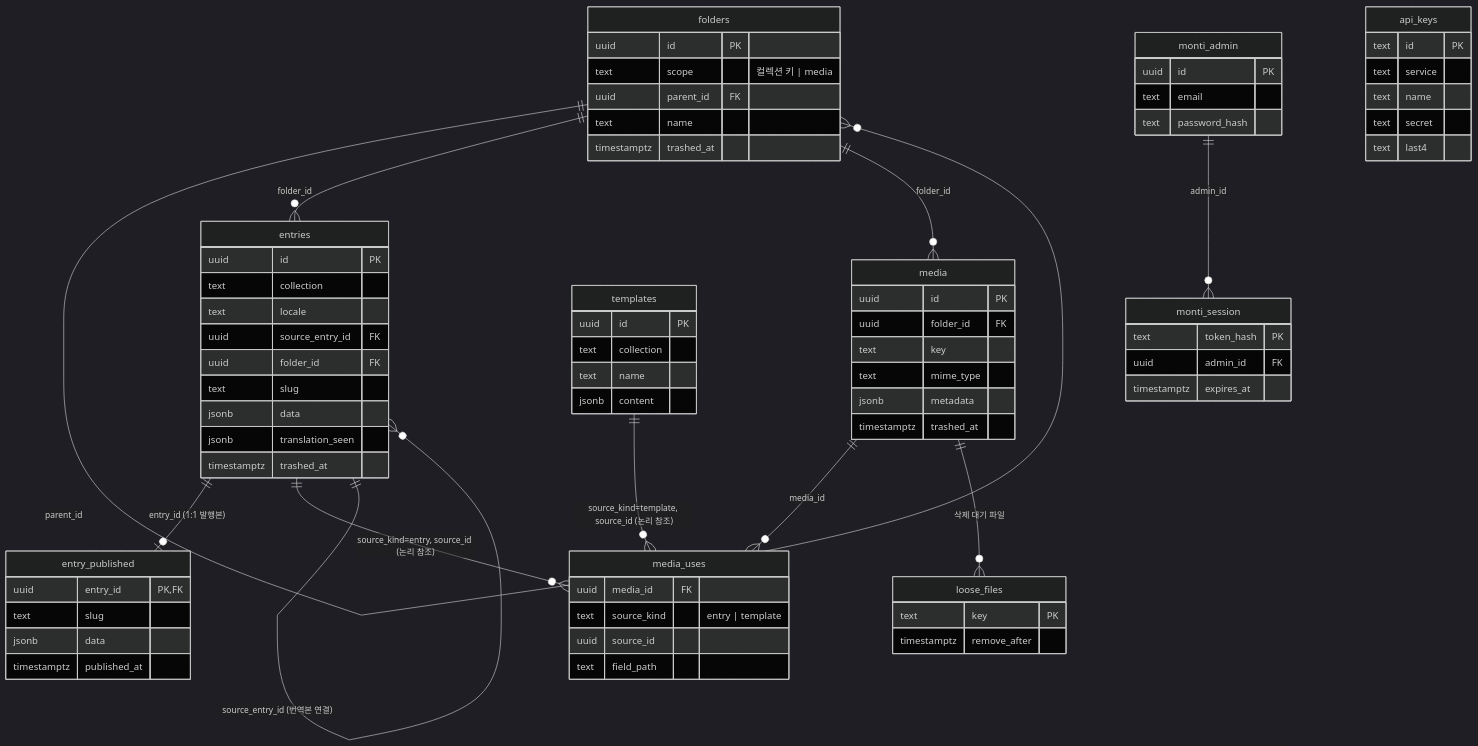
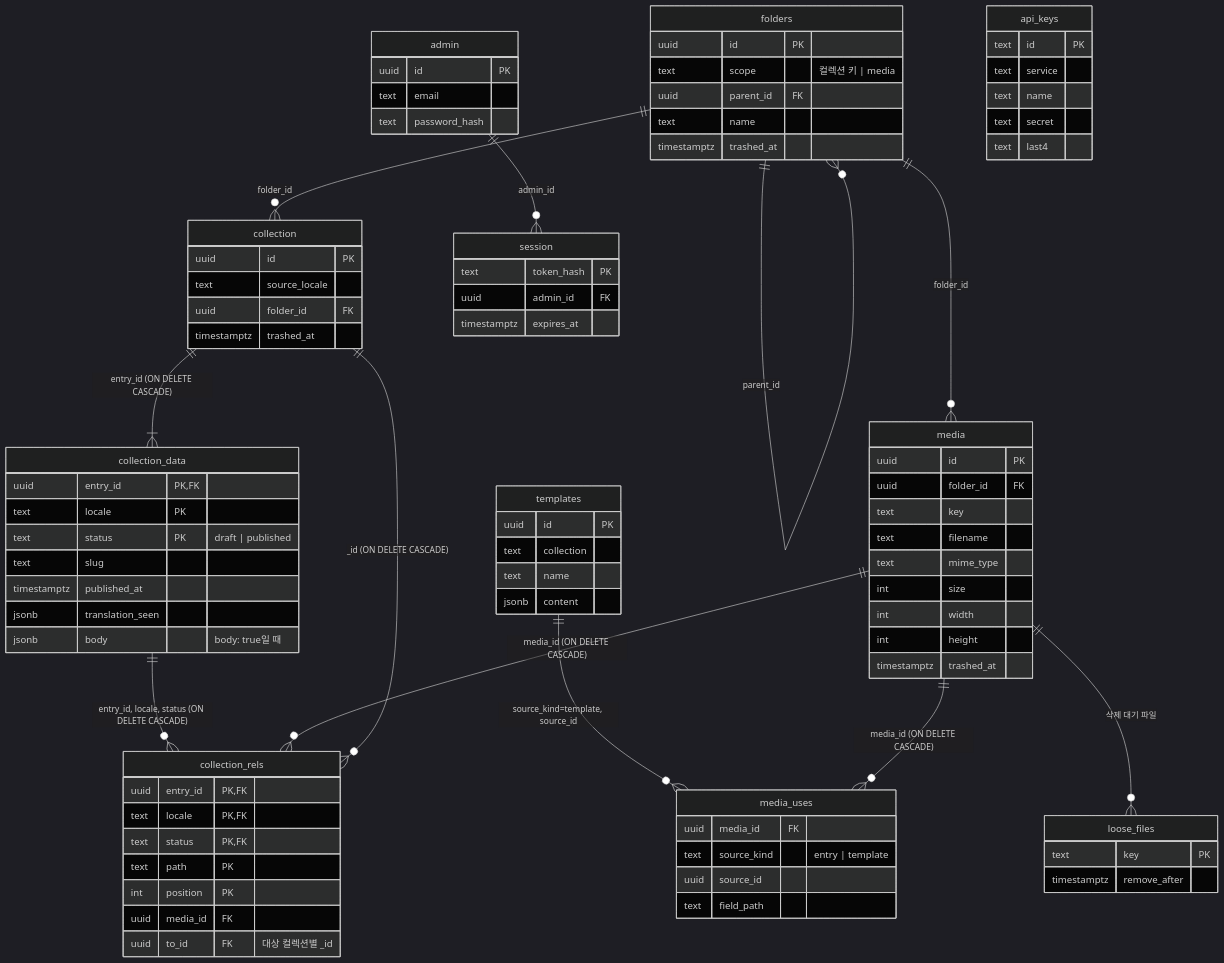
Before and after one commit to monti-cms/monti: the second of 2 diagrams in docs/refactor/core.md, drawn with Mermaid (dark theme). The commit also changed other lines of this file and 117 other files, not shown here.

````diff
--- a/docs/refactor/core.md
+++ b/docs/refactor/core.md
@@ -264,36 +198,45 @@
 ```mermaid
 erDiagram
   folders ||--o{ folders : "parent_id"
-  folders ||--o{ entries : "folder_id"
+  folders ||--o{ collection : "folder_id"
   folders ||--o{ media : "folder_id"
 
-  entries ||--o| entry_published : "entry_id (1:1 발행본)"
-  entries ||--o{ media_uses : "source_kind=entry, source_id (논리 참조)"
-  entries ||--o{ entries : "source_entry_id (번역본 연결)"
+  collection ||--|{ collection_data : "entry_id (ON DELETE CASCADE)"
+  collection_data ||--o{ collection_rels : "entry_id, locale, status (ON DELETE CASCADE)"
+  media ||--o{ collection_rels : "media_id (ON DELETE CASCADE)"
+  collection ||--o{ collection_rels : "<to>_id (ON DELETE CASCADE)"
 
-  templates ||--o{ media_uses : "source_kind=template, source_id (논리 참조)"
-  media ||--o{ media_uses : "media_id"
+  templates ||--o{ media_uses : "source_kind=template, source_id"
+  media ||--o{ media_uses : "media_id (ON DELETE CASCADE)"
   media ||--o{ loose_files : "삭제 대기 파일"
 
-  monti_admin ||--o{ monti_session : "admin_id"
+  admin ||--o{ session : "admin_id"
 
-  entries {
+  collection {
     uuid id PK
-    text collection
-    text locale
-    uuid source_entry_id FK
+    text source_locale
     uuid folder_id FK
-    text slug
-    jsonb data
-    jsonb translation_seen
     timestamptz trashed_at
   }
 
-  entry_published {
+  collection_data {
     uuid entry_id PK,FK
+    text locale PK
+    text status PK "draft | published"
     text slug
-    jsonb data
     timestamptz published_at
+    jsonb translation_seen
+    jsonb body "body: true일 때"
+  }
+
+  collection_rels {
+    uuid entry_id PK,FK
+    text locale PK,FK
+    text status PK,FK
+    text path PK
+    int position PK
+    uuid media_id FK
+    uuid to_id FK "대상 컬렉션별 <to>_id"
   }
 
   templates {
@@ -315,8 +258,11 @@
     uuid id PK
     uuid folder_id FK
     text key
+    text filename
     text mime_type
-    jsonb metadata
+    int size
+    int width
+    int height
     timestamptz trashed_at
   }
 
@@ -332,13 +278,13 @@
     timestamptz remove_after
   }
 
-  monti_admin {
+  admin {
     uuid id PK
     text email
     text password_hash
   }
 
-  monti_session {
+  session {
     text token_hash PK
     uuid admin_id FK
     timestamptz expires_at
````
